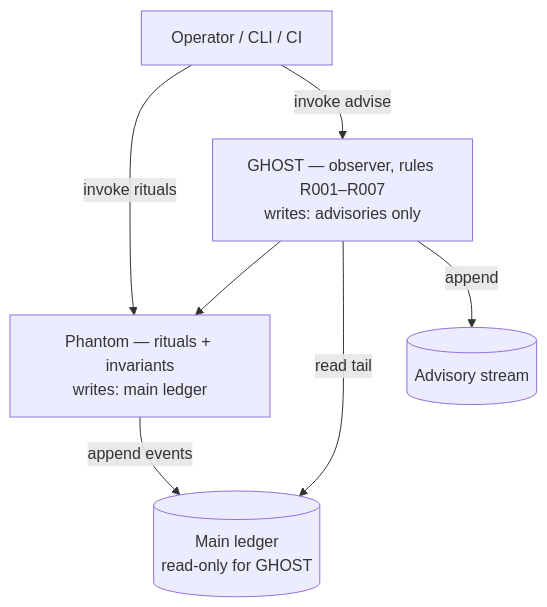
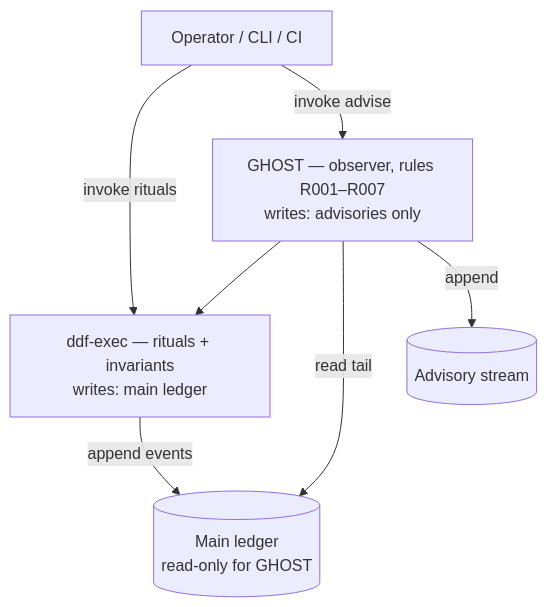
Before and after one commit to darknorthaco/DDFramework: the third of 5 diagrams in docs/VISUAL_LAYERS.md, drawn with Mermaid. The commit also changed other lines of this file and 21 other files, not shown here.

````diff
--- a/docs/VISUAL_LAYERS.md
+++ b/docs/VISUAL_LAYERS.md
@@ -75,12 +75,12 @@
 ```mermaid
 flowchart TB
   GHOST["GHOST — observer, rules R001–R007\nwrites: advisories only"]
-  PH["Phantom — rituals + invariants\nwrites: main ledger"]
+  PH["ddf-exec — rituals + invariants\nwrites: main ledger"]
   OP["Operator / CLI / CI"]
   GHOST --> PH
   PH -->|"append events"| LEDGER[("Main ledger\nread-only for GHOST")]
   GHOST -->|"read tail"| LEDGER
   GHOST -->|"append"| ADV[("Advisory stream")]
   OP -->|"invoke rituals"| PH
   OP -->|"invoke advise"| GHOST
 ```
````
